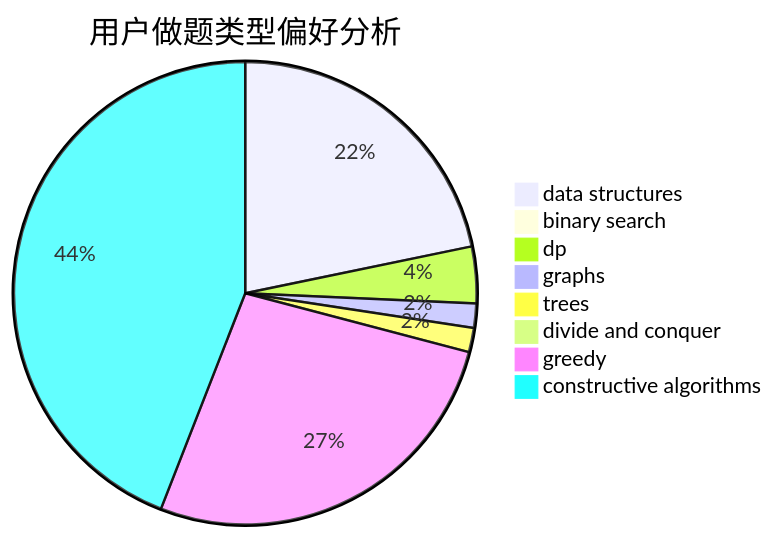
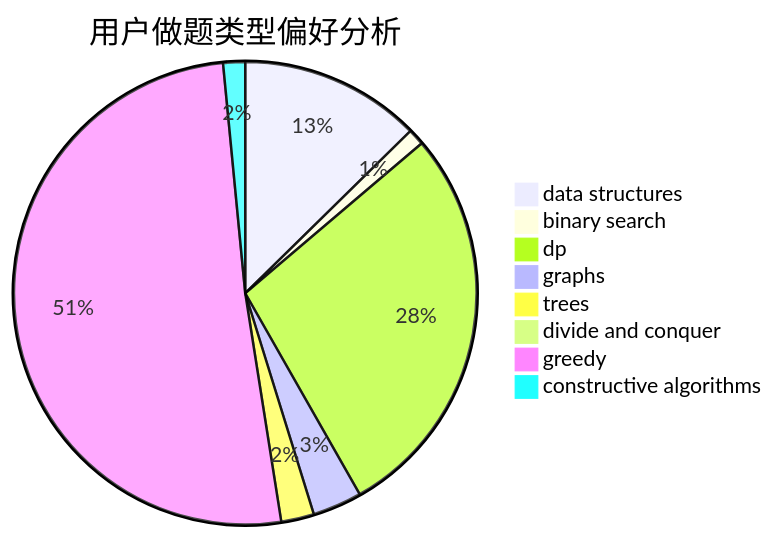
One commit to sherpahu/cfrs.github.io changed the second of 3 diagrams in docs/user/u1314.md. Above: the diagram before and after it, drawn with Mermaid. The commit also changed other lines of this file and 2770 other files, not shown here.

````diff
--- a/docs/user/u1314.md
+++ b/docs/user/u1314.md
@@ -23,11 +23,11 @@
 ```mermaid
 pie title 用户做题类型偏好分析
-    "data structures" :  77
-    "binary search" :  1
-    "dp" :  14
-    "graphs" :  6
+    "data structures" :  33
+    "binary search" :  3
+    "dp" :  73
+    "graphs" :  9
     "trees" :  6
-    "divide and conquer" :  3
-    "greedy" :  95
-    "constructive algorithms" :  156
+    "divide and conquer" :  1
+    "greedy" :  133
+    "constructive algorithms" :  4
 ```
````
